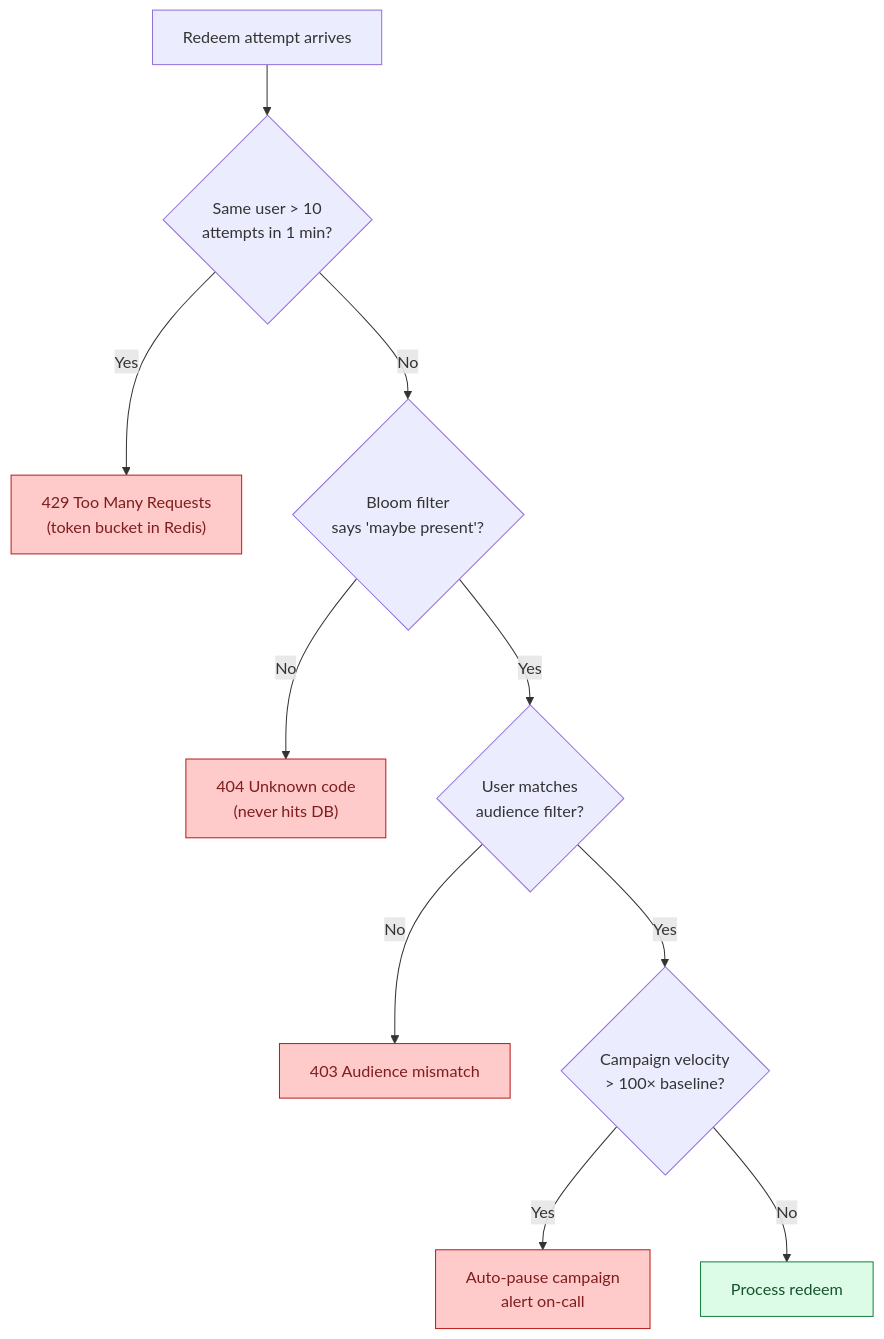
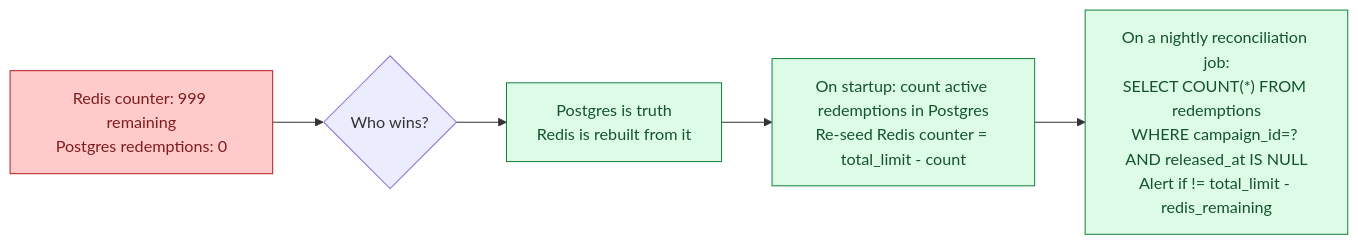
One commit to shiningflash/system-design changed diagram 11 of 11 in problems/014-coupon-redemption/question.md. Above: the diagram before and after it, drawn with Mermaid. The commit also changed other lines of this file and 37 other files, not shown here.

````diff
--- a/problems/014-coupon-redemption/question.md
+++ b/problems/014-coupon-redemption/question.md
@@ -483,15 +496,12 @@
 ```mermaid
-flowchart TD
-    Start[Redeem attempt arrives] --> A{"Same user > 10<br/>attempts in 1 min?"}
-    A -->|Yes| Ban1["429 Too Many Requests<br/>(token bucket in Redis)"]:::bad
-    A -->|No| B{"Bloom filter<br/>says 'maybe present'?"}
-    B -->|No| Reject1["404 Unknown code<br/>(never hits DB)"]:::bad
-    B -->|Yes| C{"User matches<br/>audience filter?"}
-    C -->|No| Reject2["403 Audience mismatch"]:::bad
-    C -->|Yes| D{"Campaign velocity<br/>> 100× baseline?"}
-    D -->|Yes| Pause["Auto-pause campaign<br/>alert on-call"]:::bad
-    D -->|No| Allow["Process redeem"]:::ok
+flowchart LR
+    Drift["Redis counter: 999 remaining<br/>Postgres redemptions: 0"]:::bad
+    Drift --> Q{"Who wins?"}
+    Q --> PG["Postgres is truth<br/>Redis is rebuilt from it"]:::ok
+    PG --> R1["On startup: count active redemptions in Postgres<br/>Re-seed Redis counter = total_limit - count"]:::app
+    R1 --> R2["On a nightly reconciliation job:<br/>SELECT COUNT(*) FROM redemptions<br/>WHERE campaign_id=? AND released_at IS NULL<br/>Alert if != total_limit - redis_remaining"]:::app
 
     classDef ok  fill:#dcfce7,stroke:#15803d,color:#14532d
     classDef bad fill:#fecaca,stroke:#b91c1c,color:#7f1d1d
+    classDef app fill:#dcfce7,stroke:#15803d,color:#14532d
 ```
````
